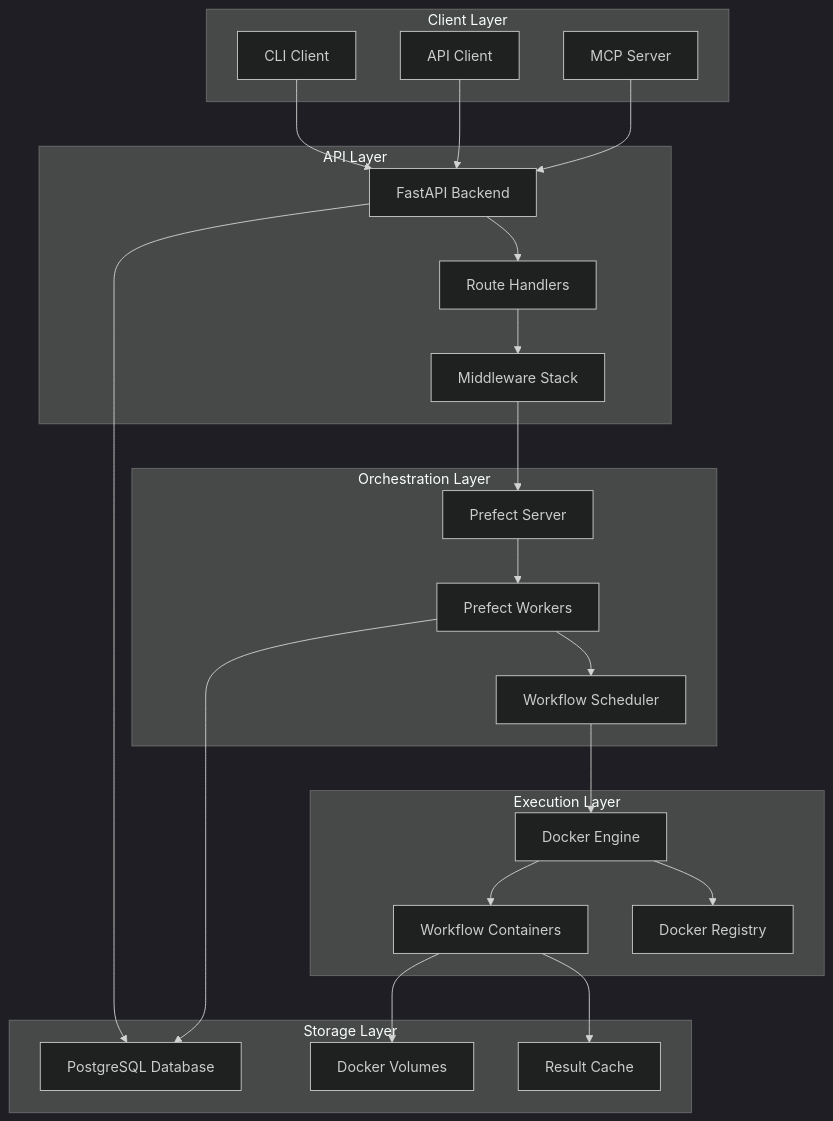
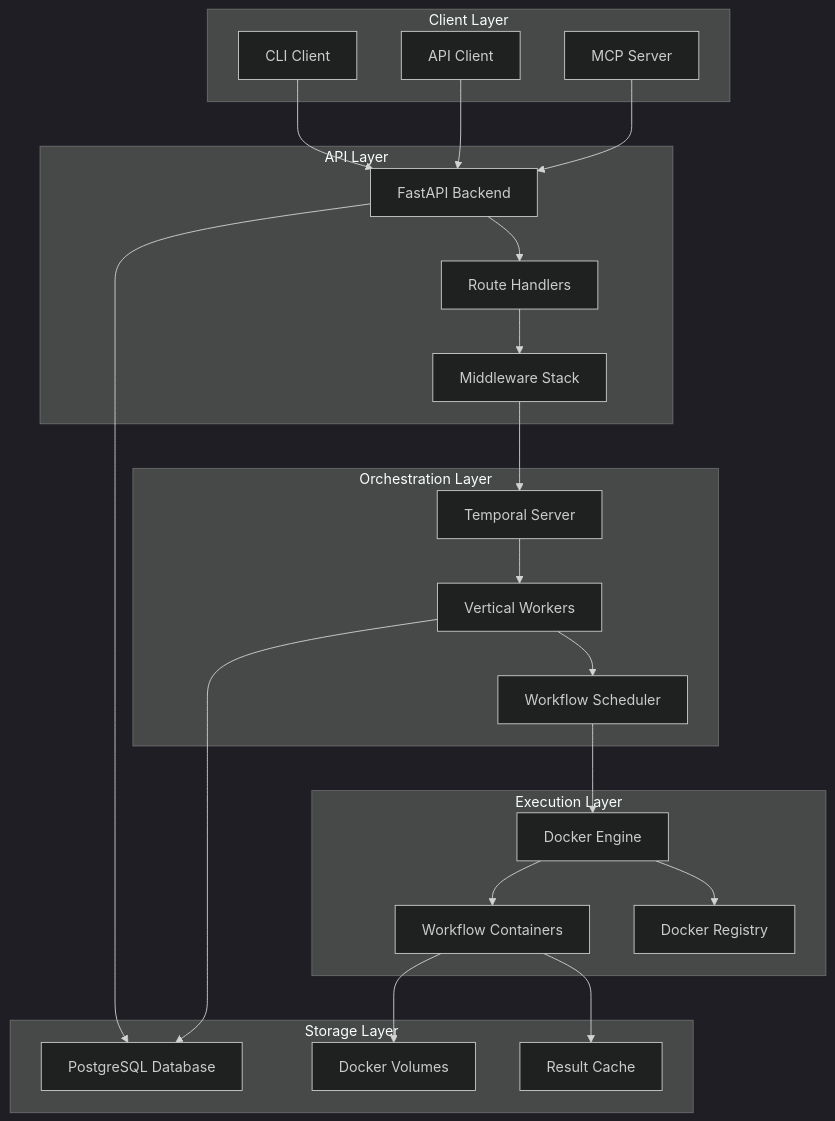
One commit to FuzzingLabs/fuzzforge_ai changed the first of 2 diagrams in docs/docs/concept/architecture.md. Above: the diagram before and after it, drawn with Mermaid (dark theme). The commit also changed other lines of this file and 26 other files, not shown here.

````diff
--- a/docs/docs/concept/architecture.md
+++ b/docs/docs/concept/architecture.md
@@ -34,52 +34,52 @@
 ```mermaid
 graph TB
     subgraph "Client Layer"
         CLI[CLI Client]
         API_Client[API Client]
         MCP[MCP Server]
     end
 
     subgraph "API Layer"
         FastAPI[FastAPI Backend]
         Router[Route Handlers]
         Middleware[Middleware Stack]
     end
 
     subgraph "Orchestration Layer"
-        Prefect[Prefect Server]
-        Workers[Prefect Workers]
+        Temporal[Temporal Server]
+        Workers[Vertical Workers]
         Scheduler[Workflow Scheduler]
     end
 
     subgraph "Execution Layer"
         Docker[Docker Engine]
         Containers[Workflow Containers]
         Registry[Docker Registry]
     end
 
     subgraph "Storage Layer"
         PostgreSQL[PostgreSQL Database]
         Volumes[Docker Volumes]
         Cache[Result Cache]
     end
 
     CLI --> FastAPI
     API_Client --> FastAPI
     MCP --> FastAPI
 
     FastAPI --> Router
     Router --> Middleware
-    Middleware --> Prefect
+    Middleware --> Temporal
 
-    Prefect --> Workers
+    Temporal --> Workers
     Workers --> Scheduler
     Scheduler --> Docker
 
     Docker --> Containers
     Docker --> Registry
     Containers --> Volumes
 
     FastAPI --> PostgreSQL
     Workers --> PostgreSQL
     Containers --> Cache
 ```
````
